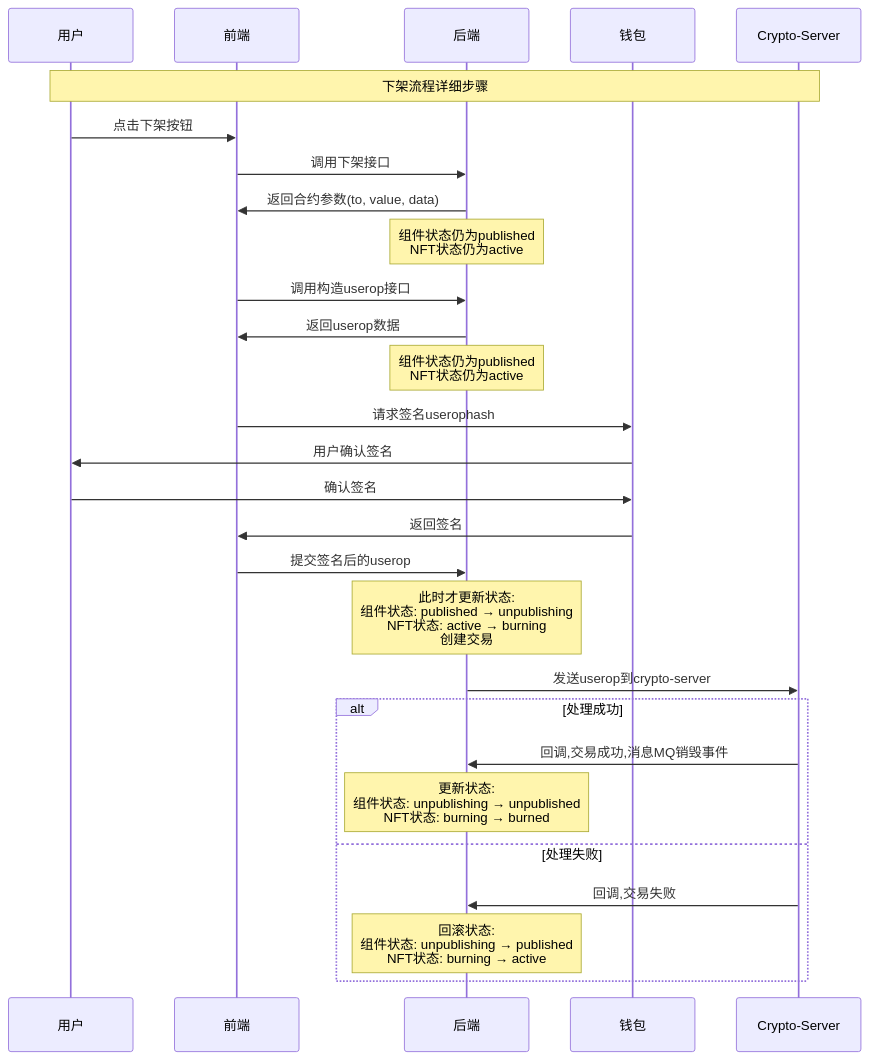
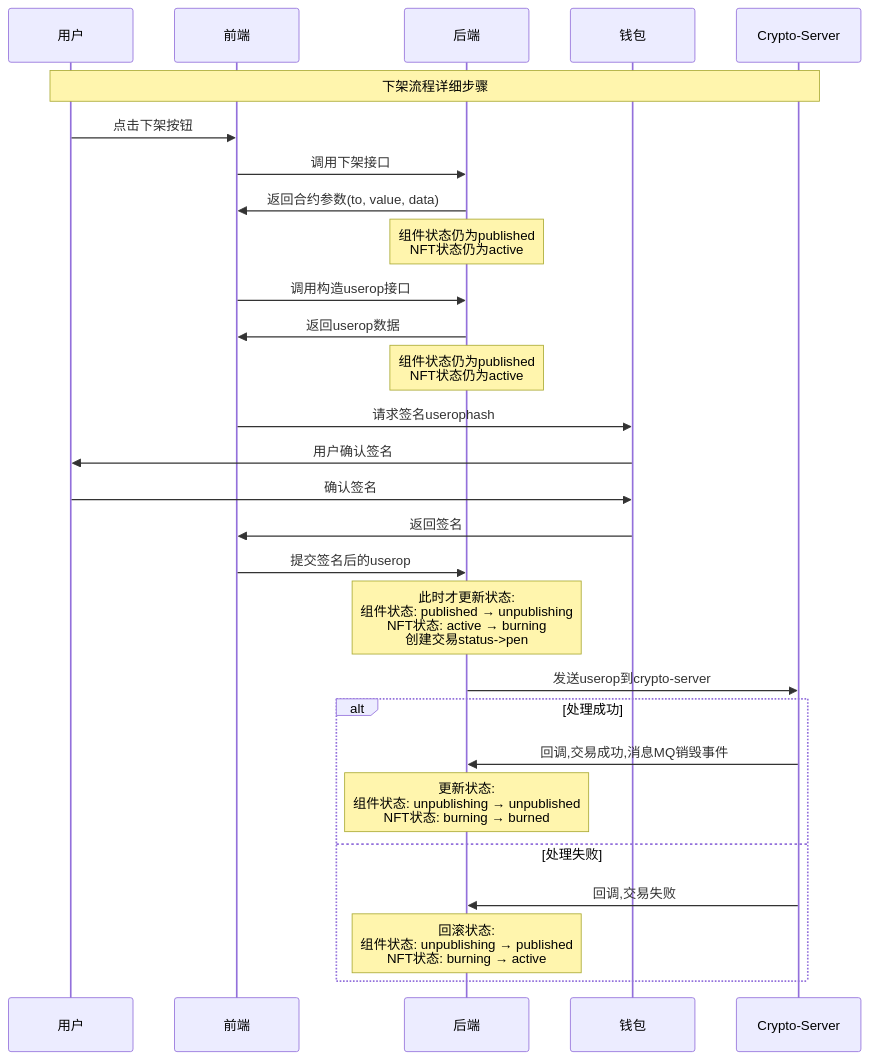
Before and after one commit to yingjianzh/iodraw-files: the diagram in all/未命名-76.md, drawn with Mermaid.

Commit message:
2025-07-08 11:26:20 update

````diff
--- a/all/未命名-76.md
+++ b/all/未命名-76.md
@@ -1,36 +1,36 @@
 ```mermaid
 sequenceDiagram
     participant User as 用户
     participant Frontend as 前端
     participant Backend as 后端
     participant Wallet as 钱包
     participant CryptoServer as Crypto-Server
     
     Note over User,CryptoServer: 下架流程详细步骤
     
     User->>Frontend: 点击下架按钮
     Frontend->>Backend: 调用下架接口
     Backend->>Frontend: 返回合约参数(to, value, data)
     Note over Backend: 组件状态仍为published<br/>NFT状态仍为active
     
     Frontend->>Backend: 调用构造userop接口
     Backend->>Frontend: 返回userop数据
     Note over Backend: 组件状态仍为published<br/>NFT状态仍为active
     
     Frontend->>Wallet: 请求签名userophash
     Wallet->>User: 用户确认签名
     User->>Wallet: 确认签名
     Wallet->>Frontend: 返回签名
     
     Frontend->>Backend: 提交签名后的userop
-    Note over Backend: 此时才更新状态:<br/>组件状态: published → unpublishing<br/>NFT状态: active → burning <br/> 创建交易
+    Note over Backend: 此时才更新状态:<br/>组件状态: published → unpublishing<br/>NFT状态: active → burning <br/> 创建交易status->pen
     Backend->>CryptoServer: 发送userop到crypto-server
     
     alt 处理成功
         CryptoServer->>Backend: 回调,交易成功,消息MQ销毁事件
         Note over Backend: 更新状态:<br/>组件状态: unpublishing → unpublished<br/>NFT状态: burning → burned
     else 处理失败
         CryptoServer->>Backend: 回调,交易失败
         Note over Backend: 回滚状态:<br/>组件状态: unpublishing → published<br/>NFT状态: burning → active
     end
 ```
````
